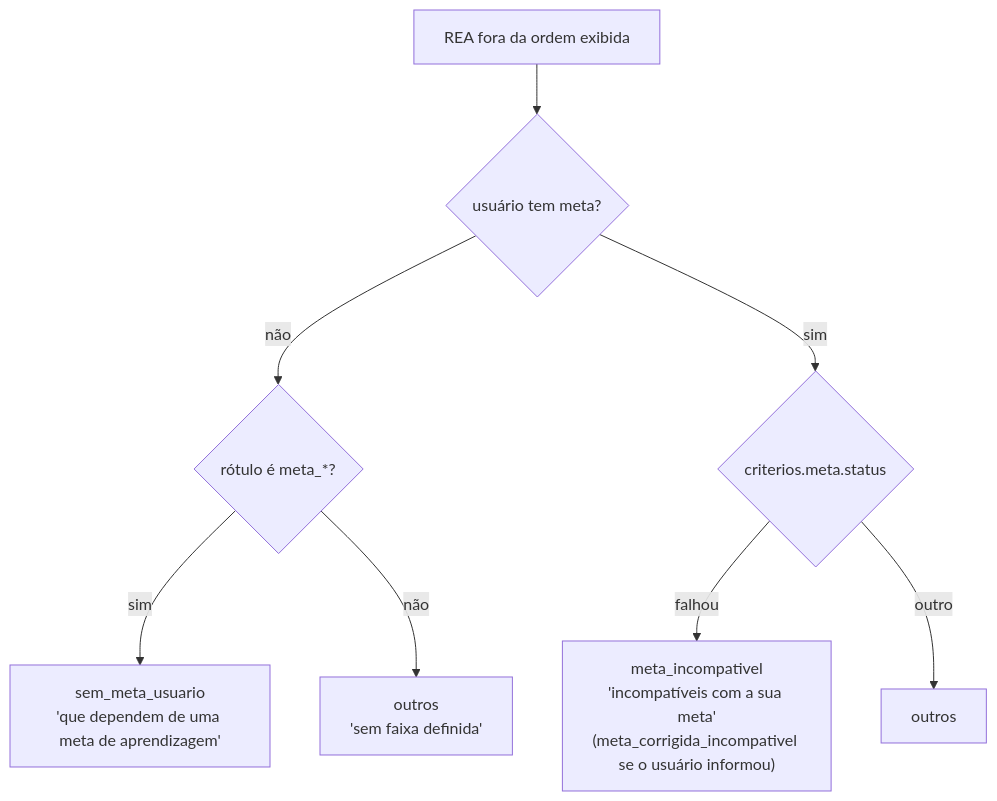
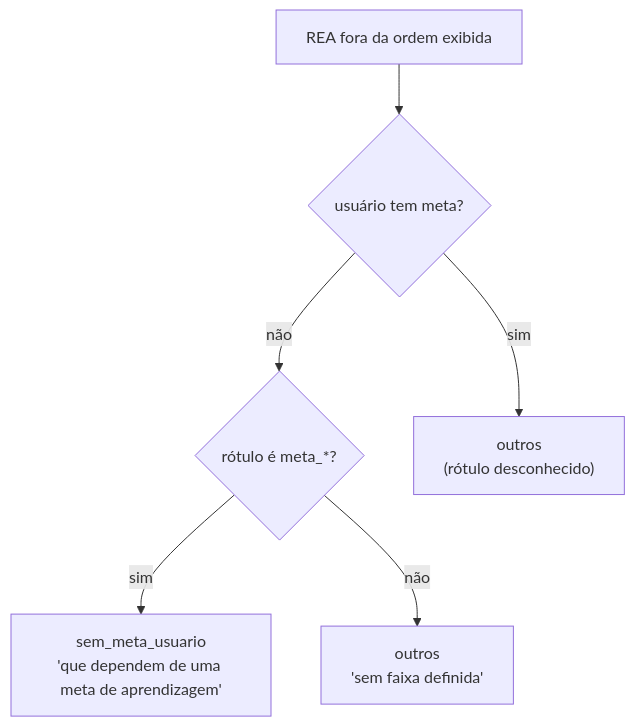
Before and after one commit to razimbrao/sis-read: diagram 16 of 25 in docs/fluxos-transparencia.md, drawn with Mermaid. The commit also changed other lines of this file and 12 other files, not shown here.

First line of the commit message:
A meta diferente da do usuário não esconde mais o REA

````diff
--- a/docs/fluxos-transparencia.md
+++ b/docs/fluxos-transparencia.md
@@ -544,10 +544,8 @@
 ```mermaid
 flowchart TD
     A["REA fora da ordem exibida"] --> B{"usuário tem meta?"}
     B -- não --> C{"rótulo é meta_*?"}
     C -- sim --> C1["sem_meta_usuario<br/>'que dependem de uma meta de aprendizagem'"]
     C -- não --> C2["outros<br/>'sem faixa definida'"]
-    B -- sim --> D{"criterios.meta.status"}
-    D -- falhou --> D1["meta_incompativel<br/>'incompatíveis com a sua meta'<br/>(meta_corrigida_incompativel se o usuário informou)"]
-    D -- outro --> D3["outros"]
+    B -- sim --> D3["outros<br/>(rótulo desconhecido)"]
 ```
````
